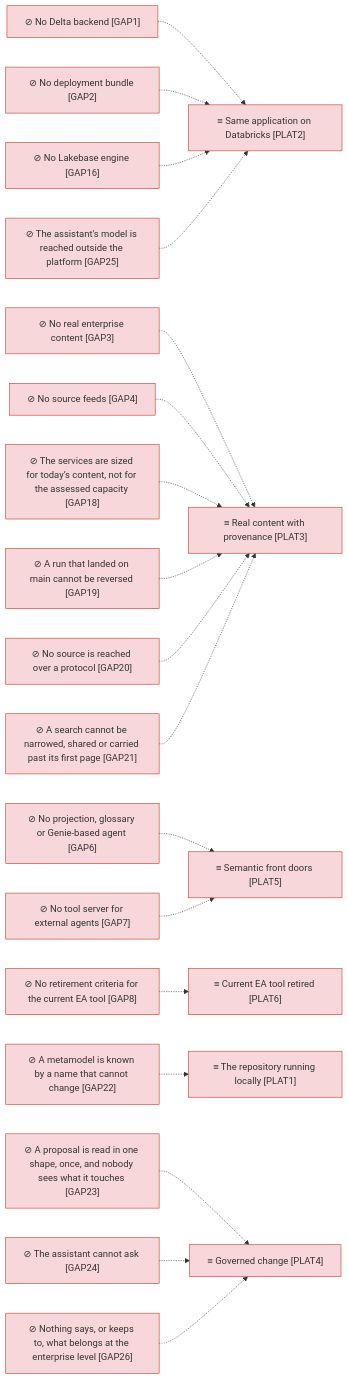
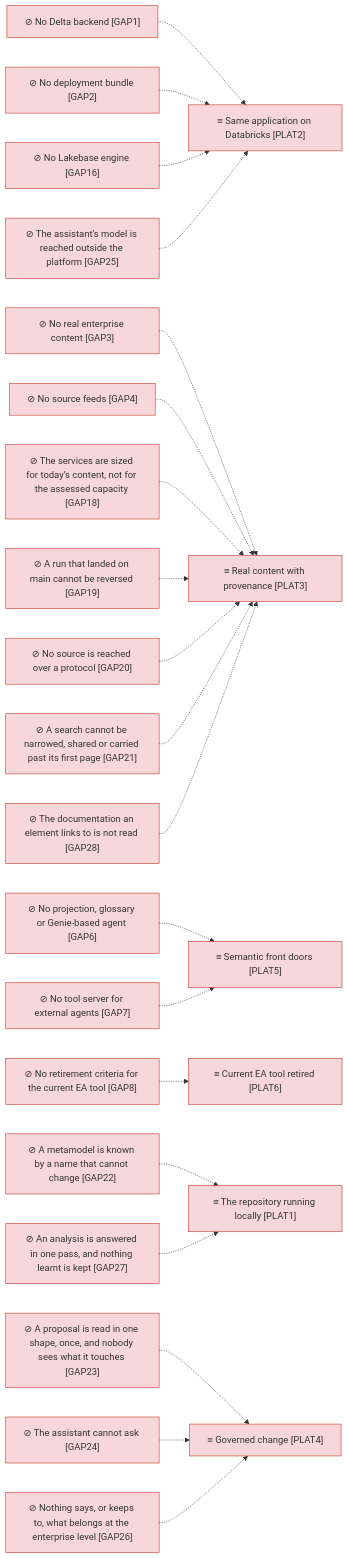
The third of 4 diagrams in architecture/6_transition/1_target-state.md (roanboc/dbx-enterprise-architecture), drawn with Mermaid before and after one commit. The commit also changed other lines of this file and 9 other files, not shown here.

First line of the commit message:
docs(architecture): initiative 25 widened at the Requester's word — deep dives kept, rated and handed out as a pack

````diff
--- a/architecture/6_transition/1_target-state.md
+++ b/architecture/6_transition/1_target-state.md
@@ -64,45 +65,49 @@
 ```mermaid
 flowchart LR
   p1["≡ The repository running locally [PLAT1]"]:::implementation
   p2["≡ Same application on Databricks [PLAT2]"]:::implementation
   p3["≡ Real content with provenance [PLAT3]"]:::implementation
   p5["≡ Semantic front doors [PLAT5]"]:::implementation
   p6["≡ Current EA tool retired [PLAT6]"]:::implementation
   g1["⊘ No Delta backend [GAP1]"]:::implementation
   g2["⊘ No deployment bundle [GAP2]"]:::implementation
   g16["⊘ No Lakebase engine [GAP16]"]:::implementation
   g3["⊘ No real enterprise content [GAP3]"]:::implementation
   g4["⊘ No source feeds [GAP4]"]:::implementation
   g6["⊘ No projection, glossary or Genie-based agent [GAP6]"]:::implementation
   g7["⊘ No tool server for external agents [GAP7]"]:::implementation
   g8["⊘ No retirement criteria for the current EA tool [GAP8]"]:::implementation
   g18["⊘ The services are sized for today’s content, not for the assessed capacity [GAP18]"]:::implementation
   g19["⊘ A run that landed on main cannot be reversed [GAP19]"]:::implementation
   g20["⊘ No source is reached over a protocol [GAP20]"]:::implementation
   g21["⊘ A search cannot be narrowed, shared or carried past its first page [GAP21]"]:::implementation
   g22["⊘ A metamodel is known by a name that cannot change [GAP22]"]:::implementation
   g23["⊘ A proposal is read in one shape, once, and nobody sees what it touches [GAP23]"]:::implementation
   g24["⊘ The assistant cannot ask [GAP24]"]:::implementation
   g25["⊘ The assistant's model is reached outside the platform [GAP25]"]:::implementation
   g26["⊘ Nothing says, or keeps to, what belongs at the enterprise level [GAP26]"]:::implementation
+  g27["⊘ An analysis is answered in one pass, and nothing learnt is kept [GAP27]"]:::implementation
+  g28["⊘ The documentation an element links to is not read [GAP28]"]:::implementation
   p4["≡ Governed change [PLAT4]"]:::implementation
   g1 -.-> p2
   g2 -.-> p2
   g16 -.-> p2
   g3 -.-> p3
   g4 -.-> p3
   g6 -.-> p5
   g7 -.-> p5
   g8 -.-> p6
   g18 -.-> p3
   g19 -.-> p3
   g20 -.-> p3
   g21 -.-> p3
   g22 -.-> p1
   g23 -.-> p4
   g24 -.-> p4
   g25 -.-> p2
   g26 -.-> p4
+  g27 -.-> p1
+  g28 -.-> p3
 
   classDef implementation fill:#f8d7da,stroke:#c0392b,color:#333
 ```
````
